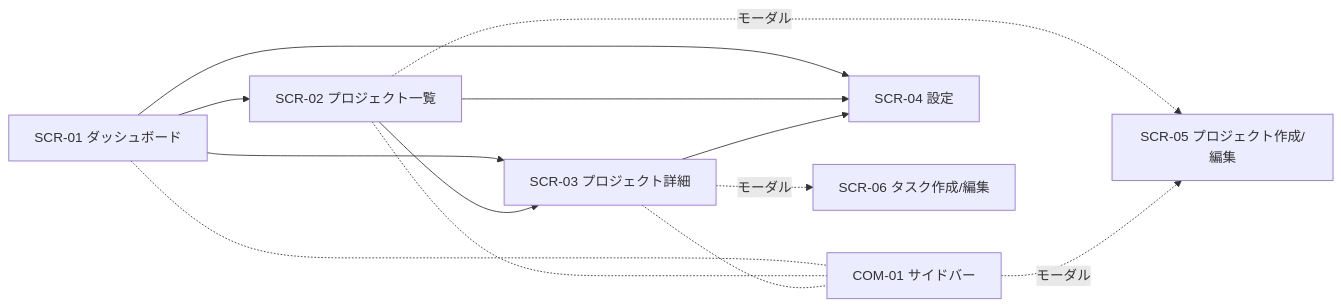
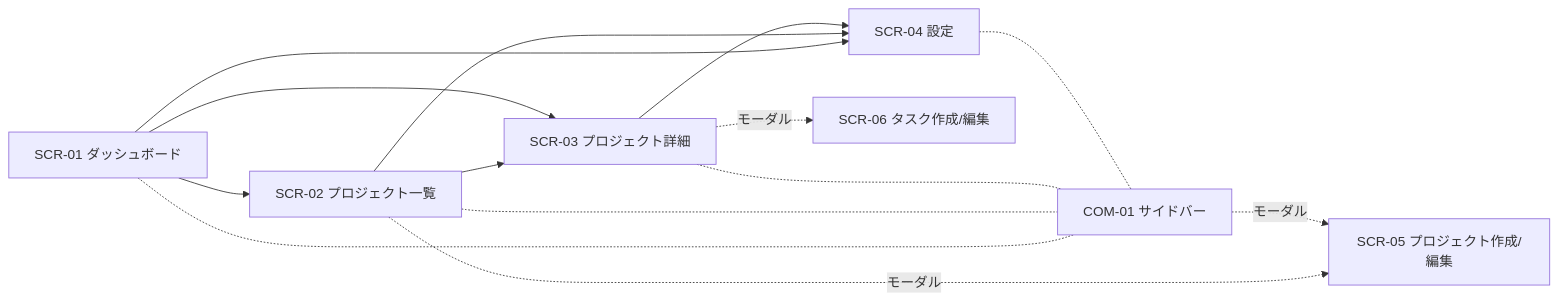
Before and after one commit to ai-natsu/task-master: the third of 4 diagrams in docs/BASIC_DESIGN.md, drawn with Mermaid. The commit also changed other lines of this file and 2 other files, not shown here.

````diff
--- a/docs/BASIC_DESIGN.md
+++ b/docs/BASIC_DESIGN.md
@@ -112,11 +149,11 @@
 ```mermaid
 flowchart LR
-  D[SCR-01 ダッシュボード] --> V[SCR-03 プロジェクト詳細]
-  L[SCR-02 プロジェクト一覧] --> V
-  D --> L
-  D & L & V -.- Nav[COM-01 サイドバー]
+  D[SCR-01 ダッシュボード] --> L[SCR-02 プロジェクト一覧]
+  L --> V[SCR-03 プロジェクト詳細]
+  D --> V
+  D & L & V & S -.- Nav[COM-01 サイドバー]
   D & L & V --> S[SCR-04 設定]
   V -.モーダル.-> M[SCR-06 タスク作成/編集]
   L -.モーダル.-> P[SCR-05 プロジェクト作成/編集]
   Nav -.モーダル.-> P
 ```
````
